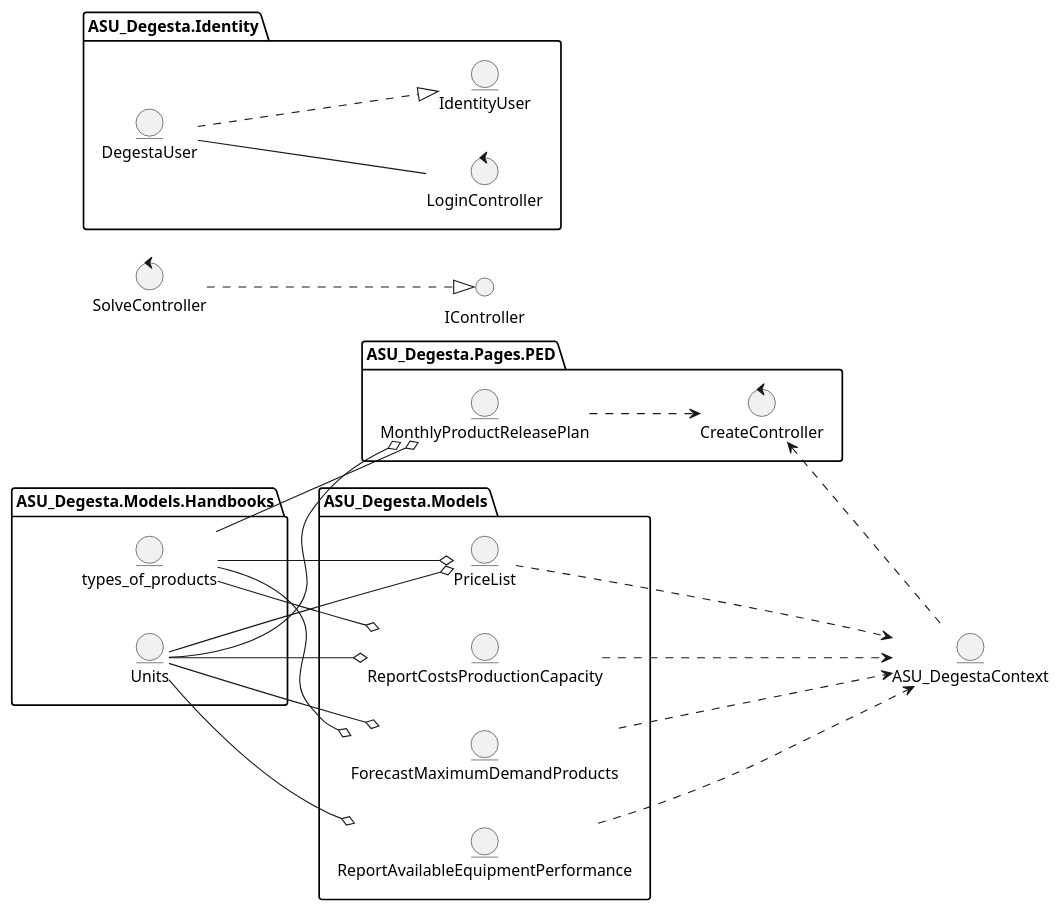
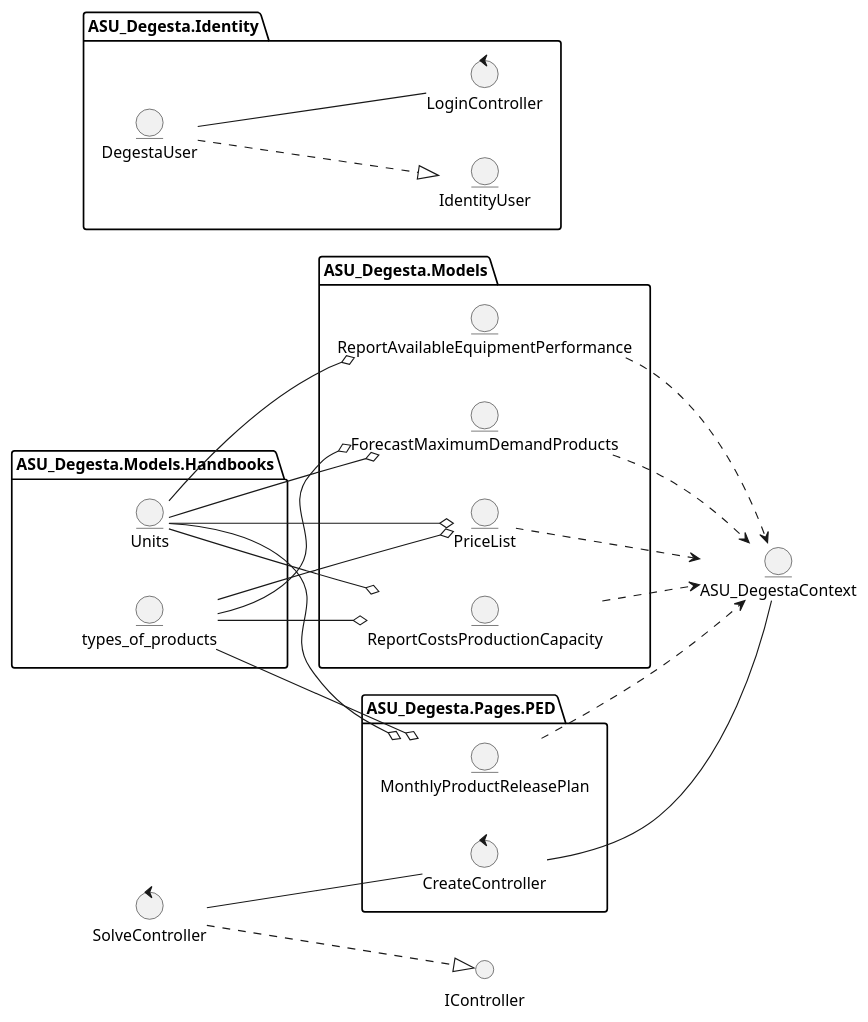
The diagram in ASU_Degesta/UML/Class-analys2.puml (omon4412/ASU_Gegesta), drawn with PlantUML before and after one commit. The commit also changed 69 other files, not shown here.

```diff
--- a/ASU_Degesta/UML/Class-analys2.puml
+++ b/ASU_Degesta/UML/Class-analys2.puml
@@ -1,78 +1,80 @@
 @startuml
 'https://plantuml.com/deployment-diagram
 left to right direction
 'label label
 'package "База данных" as bd{
 'entity aspnetusers
 'entity MonthlyProductReleasePlan as main
 'entity ForecastMaximumDemandProducts as doc1
 'entity PriceList as doc2
 'entity ReportCostsProductionCapacity as doc3
 'entity ReportAvailableEquipmentPerformance as doc4
 
 'doc1 --o main
 'doc2 --o main
 'doc3 --o main
 'doc4 --o main
 
 '}
 'package "ПО"{
 
 entity ASU_DegestaContext as context
 control SolveController as SC
 interface IController as IC
 package ASU_Degesta.Models{
 
 entity ForecastMaximumDemandProducts as doc1M
 entity PriceList as doc2M
 entity ReportCostsProductionCapacity as doc3M
 entity ReportAvailableEquipmentPerformance as doc4M
 
 }
 package ASU_Degesta.Identity{
 'boundary LoginPage
 control LoginController
 entity DegestaUser as User
 entity IdentityUser as IUser
 'LoginPage -- LoginController
 User -- LoginController
 User -.|> IUser
 }
 package ASU_Degesta.Models.Handbooks{
     entity types_of_products
     entity Units
 }
 types_of_products --o doc1M
 types_of_products --o doc2M
 types_of_products --o doc3M
 
 Units --o doc1M
 Units --o doc2M
 Units --o doc3M
 Units --o doc4M
 
 package ASU_Degesta.Pages.PED{
 'boundary CreateModel
 control CreateController
+
 entity MonthlyProductReleasePlan as mainM
 
 types_of_products --o mainM
 Units --o mainM
-CreateController <.- context
+CreateController -- context
 'LoginController -.> context
 doc1M -.> context
 doc2M -.> context
 doc3M -.> context
 doc4M -.> context
-mainM -.> CreateController
+mainM -.> context
 'CreateModel -- CreateController
 'CreateController - SC
 SC -.|> IC  
+SC -- CreateController
 }
 
 
 
 '}
 'context -.> bd
 
 @enduml
```
